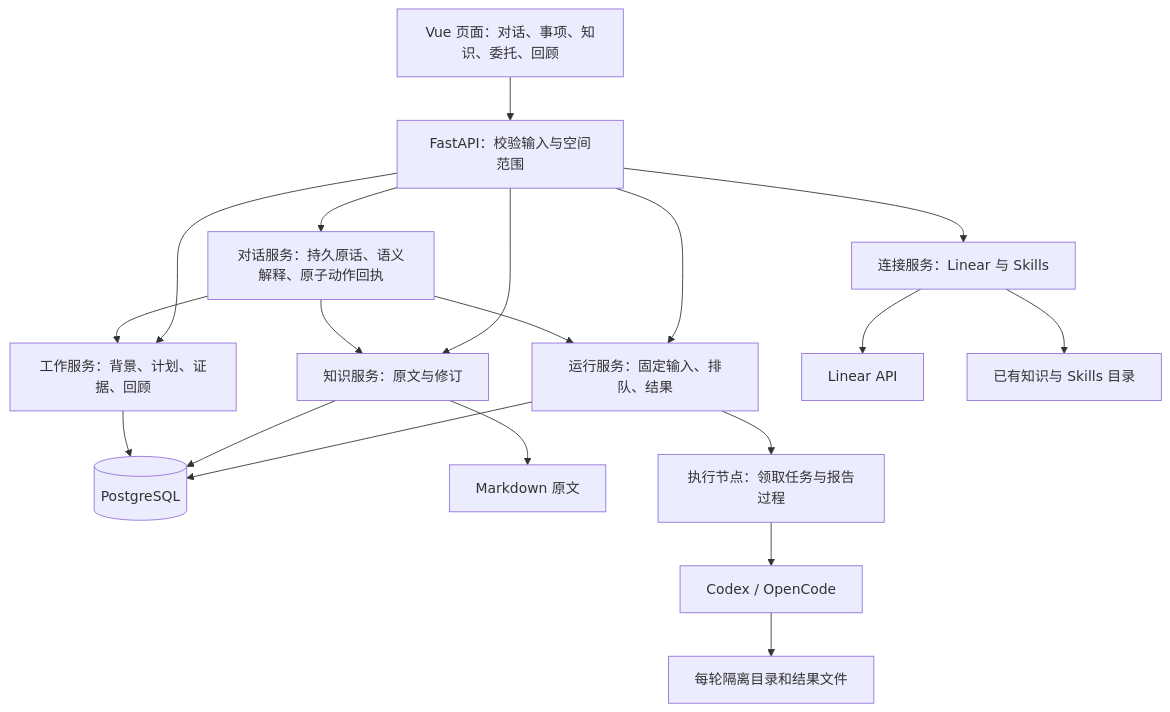
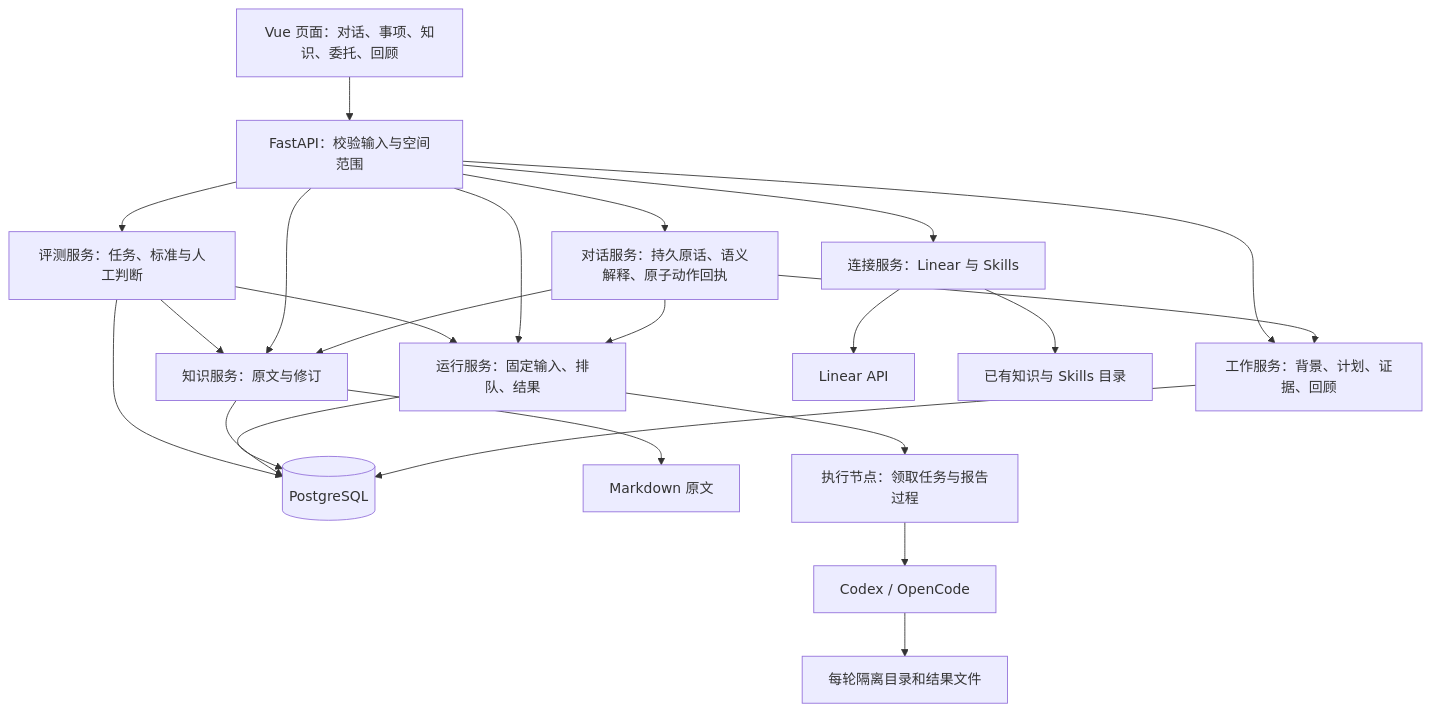
One commit to pokemonAndCodeMaster/Life-Weave changed the first of 2 diagrams in docs/architecture.md. Above: the diagram before and after it, drawn with Mermaid. The commit also changed other lines of this file and 70 other files, not shown here.

````diff
--- a/docs/architecture.md
+++ b/docs/architecture.md
@@ -7,21 +7,25 @@
 ```mermaid
 flowchart TD
     UI[Vue 页面：对话、事项、知识、委托、回顾] --> API[FastAPI：校验输入与空间范围]
     API --> Conversation[对话服务：持久原话、语义解释、原子动作回执]
     Conversation --> Work
     Conversation --> Runtime
     Conversation --> Library
     API --> Work[工作服务：背景、计划、证据、回顾]
     API --> Library[知识服务：原文与修订]
     API --> Runtime[运行服务：固定输入、排队、结果]
     API --> Links[连接服务：Linear 与 Skills]
+    API --> Evaluation[评测服务：任务、标准与人工判断]
     Work --> DB[(PostgreSQL)]
     Library --> DB
     Library --> Files[Markdown 原文]
     Runtime --> DB
+    Evaluation --> DB
+    Evaluation --> Runtime
+    Evaluation --> Library
     Runtime --> Worker[执行节点：领取任务与报告过程]
     Worker --> CLI[Codex / OpenCode]
     CLI --> Isolated[每轮隔离目录和结果文件]
     Links --> Linear[Linear API]
     Links --> Sources[已有知识与 Skills 目录]
 ```
````
